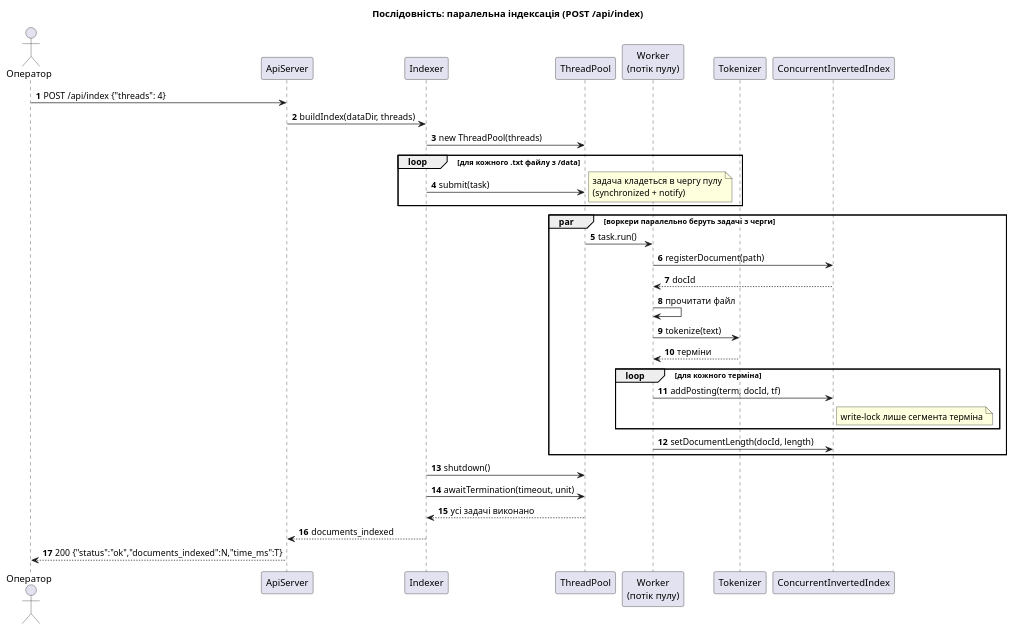
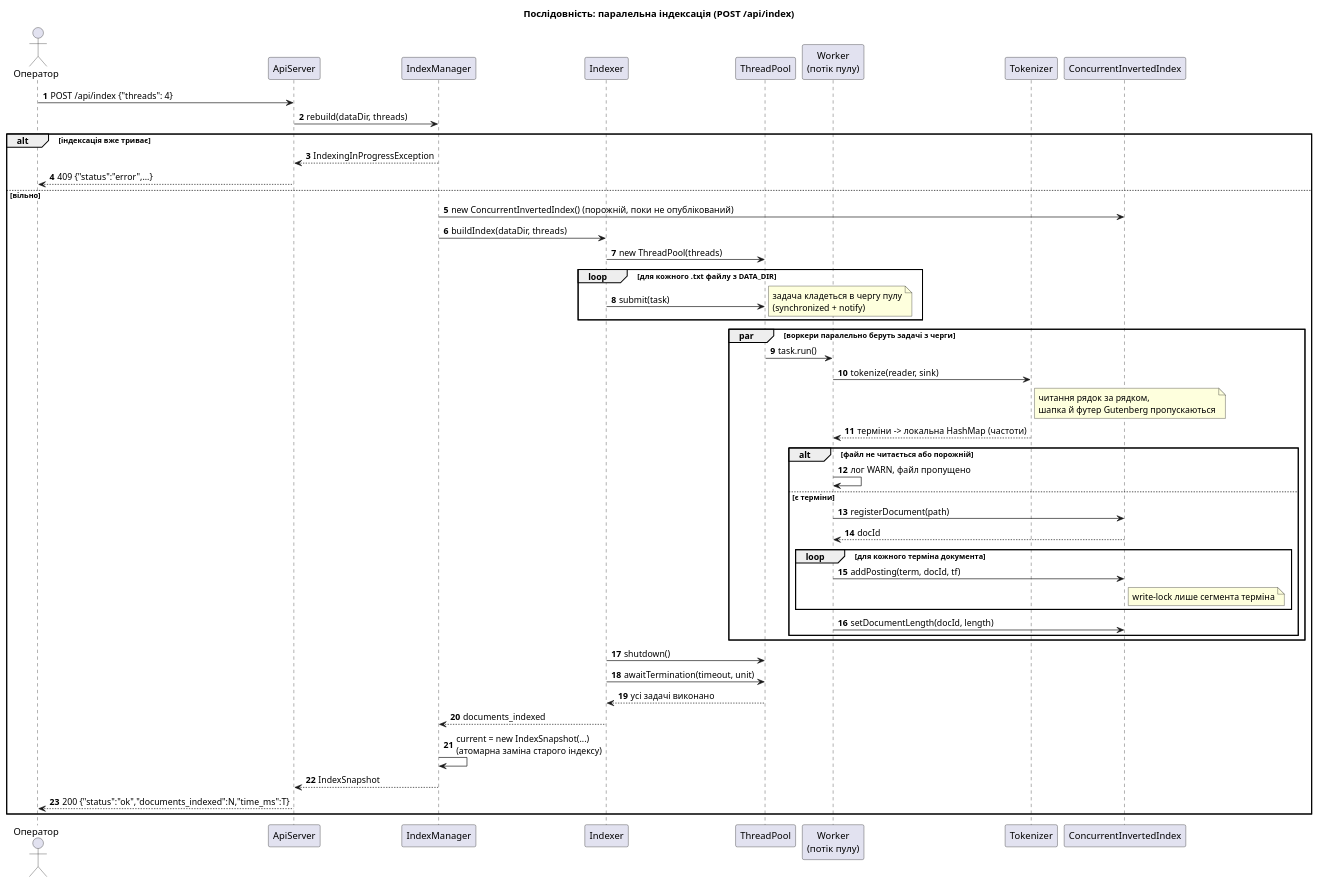
The diagram in docs/uml/sequence-index.puml (V-LP/Parallel-Computing-CW), drawn with PlantUML before and after one commit. The commit also changed 1 other file, not shown here.

Commit message:
docs(uml): add IndexManager and update indexing sequence

```diff
--- a/docs/uml/sequence-index.puml
+++ b/docs/uml/sequence-index.puml
@@ -1,44 +1,59 @@
 @startuml sequence-index
 title Послідовність: паралельна індексація (POST /api/index)
 
 skinparam shadowing false
 autonumber
 
 actor "Оператор" as Operator
 participant ApiServer
+participant IndexManager
 participant Indexer
 participant ThreadPool
 participant "Worker\n(потік пулу)" as Worker
 participant Tokenizer
 participant ConcurrentInvertedIndex as Index
 
 Operator -> ApiServer : POST /api/index {"threads": 4}
-ApiServer -> Indexer : buildIndex(dataDir, threads)
-Indexer -> ThreadPool : new ThreadPool(threads)
+ApiServer -> IndexManager : rebuild(dataDir, threads)
 
-loop для кожного .txt файлу з /data
-  Indexer -> ThreadPool : submit(task)
-  note right : задача кладеться в чергу пулу\n(synchronized + notify)
+alt індексація вже триває
+  IndexManager --> ApiServer : IndexingInProgressException
+  ApiServer --> Operator : 409 {"status":"error",...}
+else вільно
+  IndexManager -> Index : new ConcurrentInvertedIndex() (порожній, поки не опублікований)
+  IndexManager -> Indexer : buildIndex(dataDir, threads)
+  Indexer -> ThreadPool : new ThreadPool(threads)
+
+  loop для кожного .txt файлу з DATA_DIR
+    Indexer -> ThreadPool : submit(task)
+    note right : задача кладеться в чергу пулу\n(synchronized + notify)
+  end
+
+  par воркери паралельно беруть задачі з черги
+    ThreadPool -> Worker : task.run()
+    Worker -> Tokenizer : tokenize(reader, sink)
+    note right of Tokenizer : читання рядок за рядком,\nшапка й футер Gutenberg пропускаються
+    Tokenizer --> Worker : терміни -> локальна HashMap (частоти)
+    alt файл не читається або порожній
+      Worker -> Worker : лог WARN, файл пропущено
+    else є терміни
+      Worker -> Index : registerDocument(path)
+      Index --> Worker : docId
+      loop для кожного терміна документа
+        Worker -> Index : addPosting(term, docId, tf)
+        note right of Index : write-lock лише сегмента терміна
+      end
+      Worker -> Index : setDocumentLength(docId, length)
+    end
+  end
+
+  Indexer -> ThreadPool : shutdown()
+  Indexer -> ThreadPool : awaitTermination(timeout, unit)
+  ThreadPool --> Indexer : усі задачі виконано
+  Indexer --> IndexManager : documents_indexed
+  IndexManager -> IndexManager : current = new IndexSnapshot(...)\n(атомарна заміна старого індексу)
+  IndexManager --> ApiServer : IndexSnapshot
+  ApiServer --> Operator : 200 {"status":"ok","documents_indexed":N,"time_ms":T}
 end
 
-par воркери паралельно беруть задачі з черги
-  ThreadPool -> Worker : task.run()
-  Worker -> Index : registerDocument(path)
-  Index --> Worker : docId
-  Worker -> Worker : прочитати файл
-  Worker -> Tokenizer : tokenize(text)
-  Tokenizer --> Worker : терміни
-  loop для кожного терміна
-    Worker -> Index : addPosting(term, docId, tf)
-    note right of Index : write-lock лише сегмента терміна
-  end
-  Worker -> Index : setDocumentLength(docId, length)
-end
-
-Indexer -> ThreadPool : shutdown()
-Indexer -> ThreadPool : awaitTermination(timeout, unit)
-ThreadPool --> Indexer : усі задачі виконано
-Indexer --> ApiServer : documents_indexed
-ApiServer --> Operator : 200 {"status":"ok","documents_indexed":N,"time_ms":T}
-
 @enduml
```
